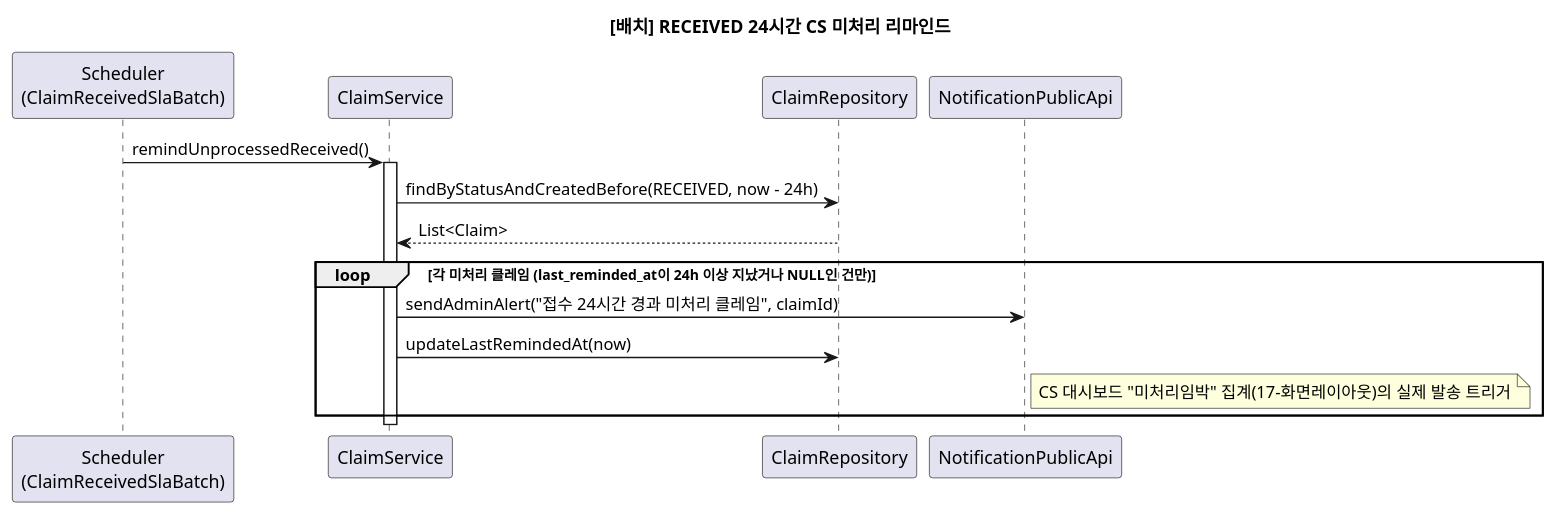
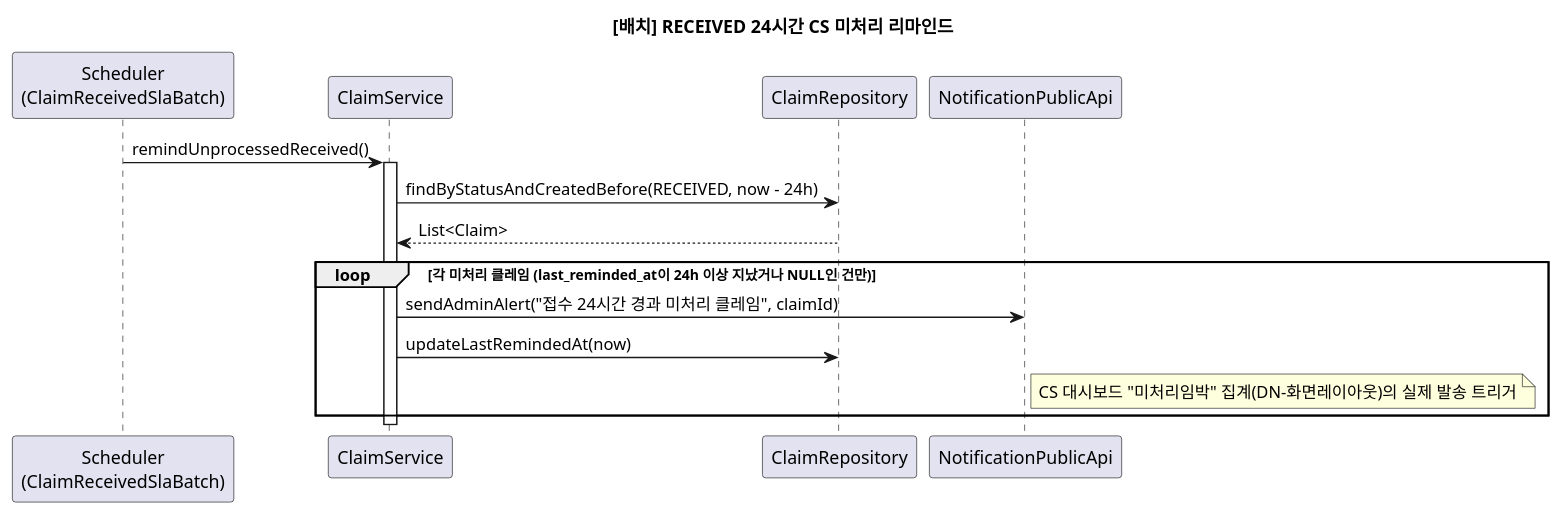
One commit to parknahyun/runNShop changed diagram 22 of 26 in docs/자산화-단계별/S3-상세설계/DM-시퀀스(Order-Payment).md. Above: the diagram before and after it, drawn with PlantUML. The commit also changed other lines of this file and 47 other files, not shown here.

````diff
--- a/docs/자산화-단계별/S3-상세설계/DM-시퀀스(Order-Payment).md
+++ b/docs/자산화-단계별/S3-상세설계/DM-시퀀스(Order-Payment).md
@@ -1167,24 +1167,24 @@
 ```plantuml
 @startuml
 title [배치] RECEIVED 24시간 CS 미처리 리마인드
 
 participant "Scheduler\n(ClaimReceivedSlaBatch)" as Batch
 participant "ClaimService" as Service
 participant "ClaimRepository" as Repo
 participant "NotificationPublicApi" as Noti
 
 Batch -> Service : remindUnprocessedReceived()
 activate Service
 
 Service -> Repo : findByStatusAndCreatedBefore(RECEIVED, now - 24h)
 Repo --> Service : List<Claim>
 
 loop 각 미처리 클레임 (last_reminded_at이 24h 이상 지났거나 NULL인 건만)
     Service -> Noti : sendAdminAlert("접수 24시간 경과 미처리 클레임", claimId)
     Service -> Repo : updateLastRemindedAt(now)
-    note right of Noti: CS 대시보드 "미처리임박" 집계(17-화면레이아웃)의 실제 발송 트리거
+    note right of Noti: CS 대시보드 "미처리임박" 집계(DN-화면레이아웃)의 실제 발송 트리거
 end
 
 deactivate Service
 @enduml
 ```
````
